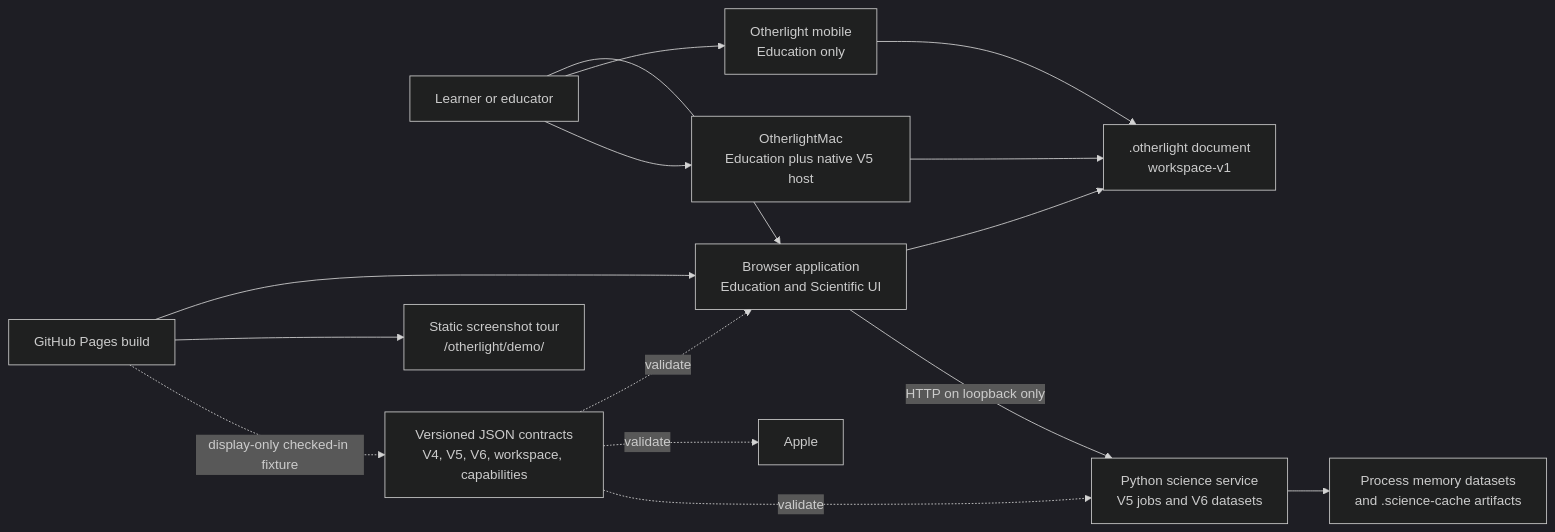
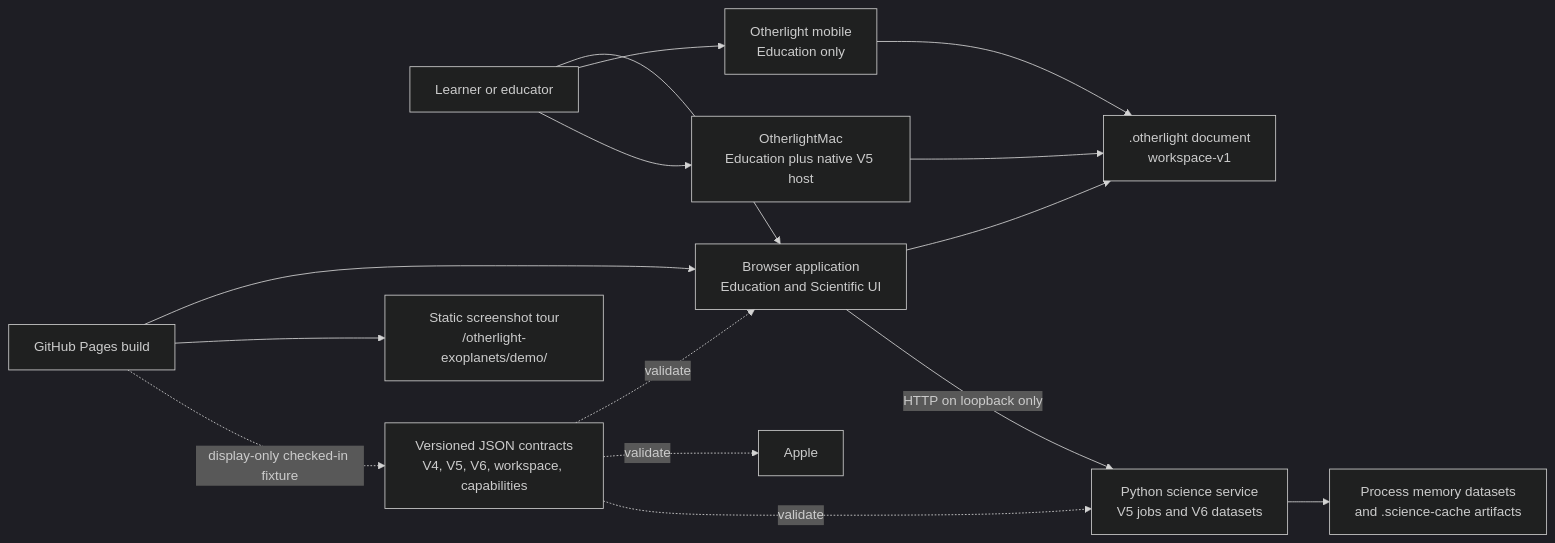
The first of 2 diagrams in docs/ARCHITECTURE.md (sebastianspicker/otherlight-exoplanets), drawn with Mermaid (dark theme) before and after one commit. The commit also changed other lines of this file and 14 other files, not shown here.

First line of the commit message:
Move repository links and Pages paths to otherlight-exoplanets

````diff
--- a/docs/ARCHITECTURE.md
+++ b/docs/ARCHITECTURE.md
@@ -10,17 +10,17 @@
 ```mermaid
 flowchart LR
   User["Learner or educator"] --> Browser["Browser application<br/>Education and Scientific UI"]
   User --> Mobile["Otherlight mobile<br/>Education only"]
   User --> Mac["OtherlightMac<br/>Education plus native V5 host"]
   Browser --> Workspace[".otherlight document<br/>workspace-v1"]
   Mobile --> Workspace
   Mac --> Workspace
   Browser -->|"HTTP on loopback only"| Science["Python science service<br/>V5 jobs and V6 datasets"]
   Science --> Cache["Process memory datasets<br/>and .science-cache artifacts"]
   Contracts["Versioned JSON contracts<br/>V4, V5, V6, workspace, capabilities"] -. validate .-> Browser
   Contracts -. validate .-> Apple
   Contracts -. validate .-> Science
   Pages["GitHub Pages build"] --> Browser
-  Pages --> Tour["Static screenshot tour<br/>/otherlight/demo/"]
+  Pages --> Tour["Static screenshot tour<br/>/otherlight-exoplanets/demo/"]
   Pages -. "display-only checked-in fixture" .-> Contracts
 ```
````
